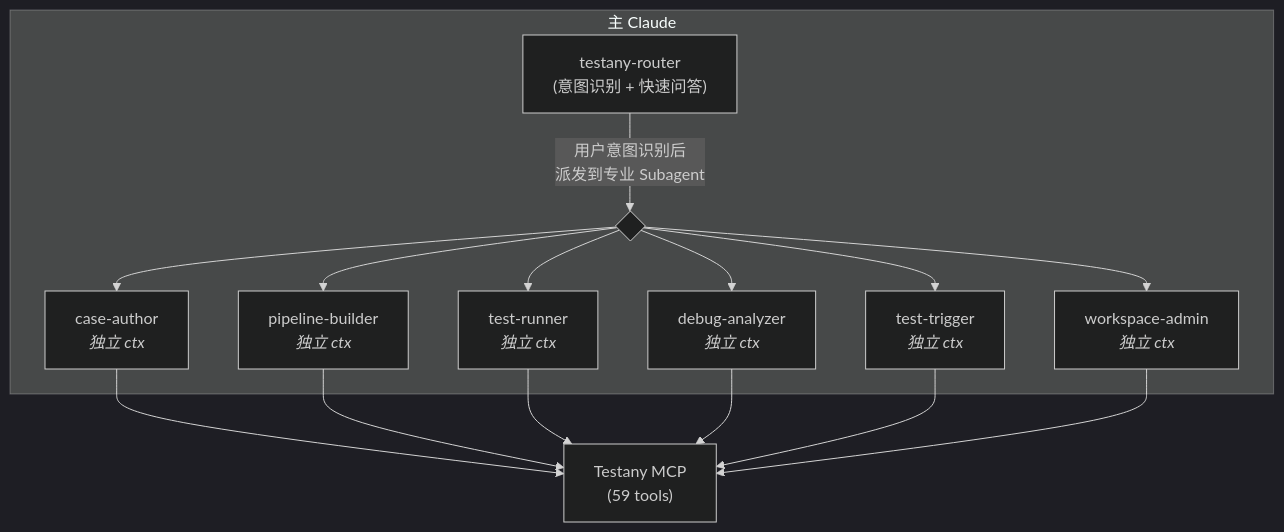
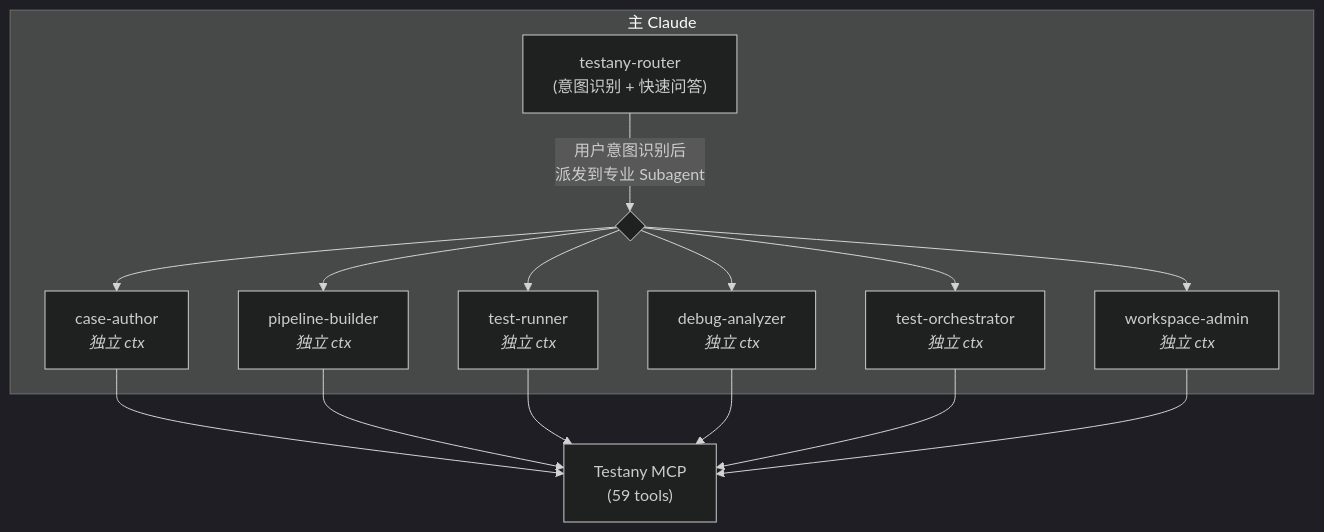
One commit to TestAny-io/testany-agent-skills changed the diagram in plugins/testany-bot-for-claude/README.md. Above: the diagram before and after it, drawn with Mermaid (dark theme). The commit also changed other lines of this file and 4 other files, not shown here.

First line of the commit message:
refactor(testany-bot): rename test-trigger agent to test-orchestrator

````diff
--- a/plugins/testany-bot-for-claude/README.md
+++ b/plugins/testany-bot-for-claude/README.md
@@ -61,22 +61,22 @@
 ```mermaid
 flowchart TB
     subgraph MainClaude["主 Claude"]
         Router["testany-router<br/>(意图识别 + 快速问答)"]
         Router --> |用户意图识别后<br/>派发到专业 Subagent| Dispatch{" "}
         Dispatch --> CaseAuthor["case-author<br/><i>独立 ctx</i>"]
         Dispatch --> PipelineBuilder["pipeline-builder<br/><i>独立 ctx</i>"]
         Dispatch --> TestRunner["test-runner<br/><i>独立 ctx</i>"]
         Dispatch --> DebugAnalyzer["debug-analyzer<br/><i>独立 ctx</i>"]
-        Dispatch --> TestTrigger["test-trigger<br/><i>独立 ctx</i>"]
+        Dispatch --> TestOrchestrator["test-orchestrator<br/><i>独立 ctx</i>"]
         Dispatch --> WorkspaceAdmin["workspace-admin<br/><i>独立 ctx</i>"]
     end
 
     CaseAuthor --> MCP
     PipelineBuilder --> MCP
     TestRunner --> MCP
     DebugAnalyzer --> MCP
-    TestTrigger --> MCP
+    TestOrchestrator --> MCP
     WorkspaceAdmin --> MCP
 
     MCP["Testany MCP<br/>(59 tools)"]
 ```
````
